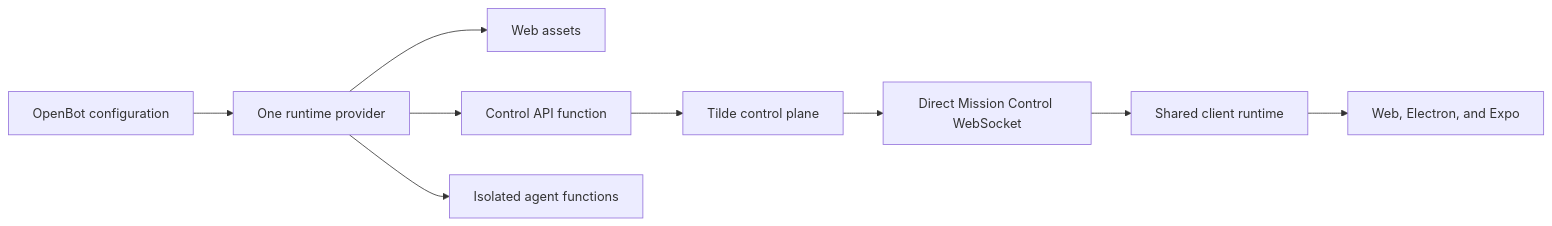
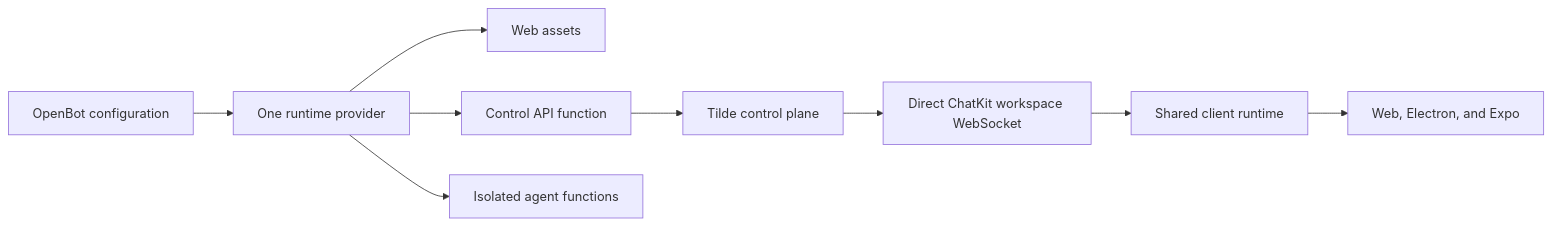
Before and after one commit to trytilde/dispatch: the diagram in docs/updates/94.md, drawn with Mermaid. The commit also changed other lines of this file and 51 other files, not shown here.

First line of the commit message:
feat(chat): adopt ChatKit realtime events (#101)

````diff
--- a/docs/updates/94.md
+++ b/docs/updates/94.md
@@ -12,11 +12,11 @@
 ```mermaid
 flowchart LR
     C[OpenBot configuration] --> R[One runtime provider]
     R --> W[Web assets]
     R --> H[Control API function]
     R --> A[Isolated agent functions]
     H --> T[Tilde control plane]
-    T --> S[Direct Mission Control WebSocket]
+    T --> S[Direct ChatKit workspace WebSocket]
     S --> U[Shared client runtime]
     U --> X[Web, Electron, and Expo]
 ```
````
